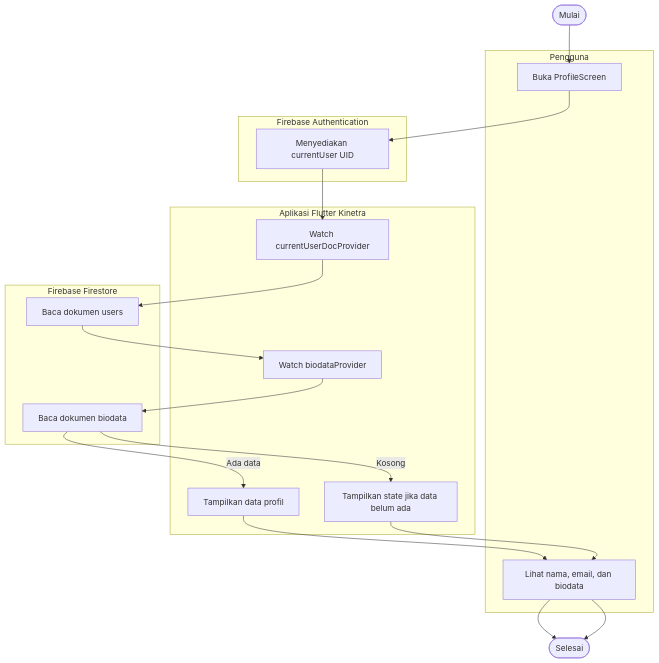
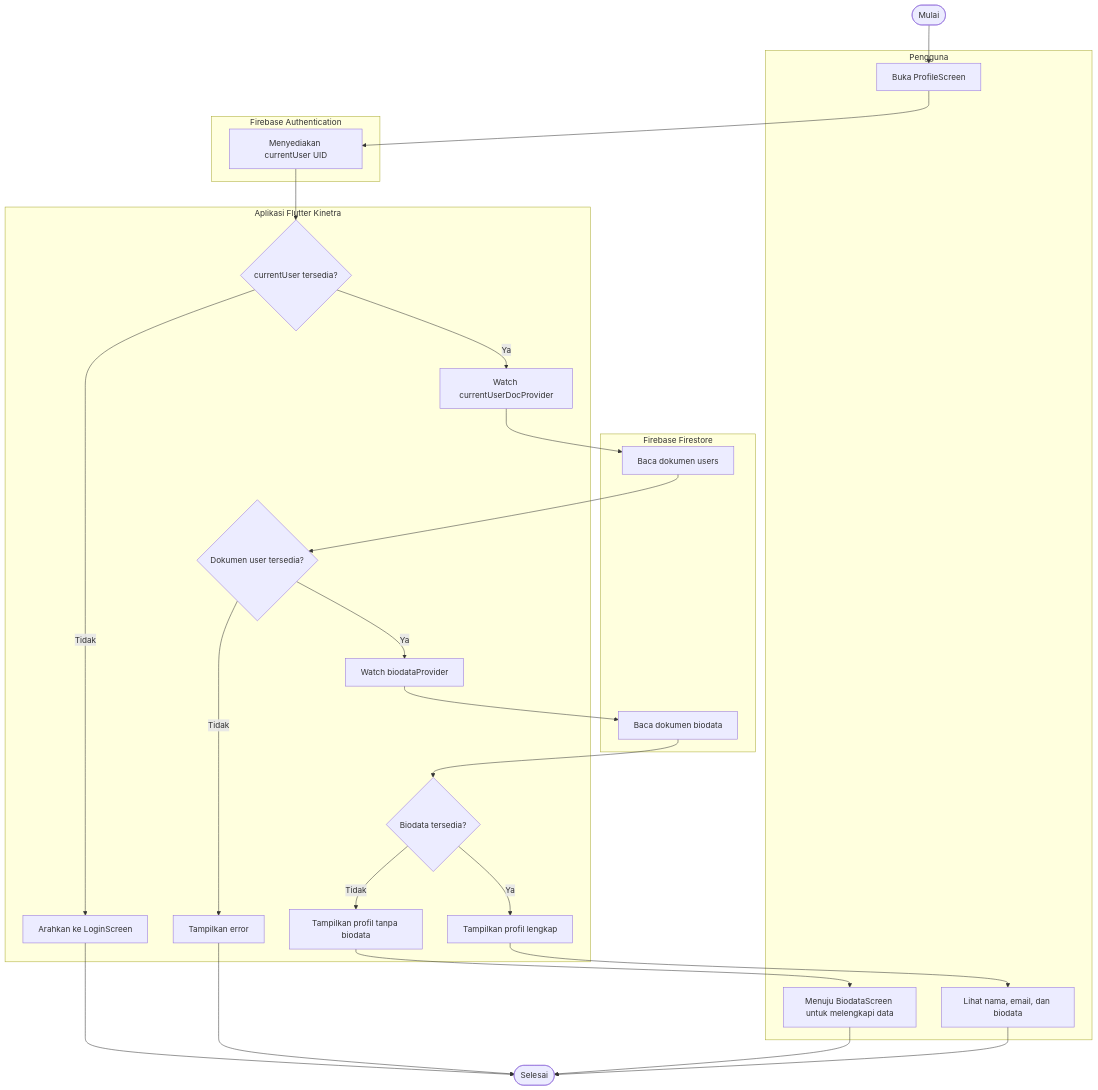
One commit to arifrachmatdx/Kinetra changed diagram 13 of 26 in docs/uml.md. Above: the diagram before and after it, drawn with Mermaid. The commit also changed other lines of this file and 1 other file, not shown here.

Commit message:
docs: add detailed UML decisions and alternatives

````diff
--- a/docs/uml.md
+++ b/docs/uml.md
@@ -380,25 +513,35 @@
 ```mermaid
 flowchart TD
     Start([Mulai])
     subgraph User["Pengguna"]
         OpenProfile[Buka ProfileScreen]
         ViewProfile[Lihat nama, email, dan biodata]
+        GoBiodata[Menuju BiodataScreen untuk melengkapi data]
     end
     subgraph App["Aplikasi Flutter Kinetra"]
+        HasCurrentUser{currentUser tersedia?}
         WatchCurrentUser[Watch currentUserDocProvider]
+        UserDocState{Dokumen user tersedia?}
         WatchBiodata[Watch biodataProvider]
-        RenderProfile[Tampilkan data profil]
-        ShowEmptyState[Tampilkan state jika data belum ada]
+        BiodataState{Biodata tersedia?}
+        RenderProfile[Tampilkan profil lengkap]
+        RenderPartial[Tampilkan profil tanpa biodata]
+        RedirectLogin[Arahkan ke LoginScreen]
+        ShowError[Tampilkan error]
     end
     subgraph Auth["Firebase Authentication"]
         ProvideCurrentUser[Menyediakan currentUser UID]
     end
     subgraph DB["Firebase Firestore"]
         ReadUser[Baca dokumen users]
         ReadBiodata[Baca dokumen biodata]
     end
 
-    Start --> OpenProfile --> ProvideCurrentUser --> WatchCurrentUser --> ReadUser --> WatchBiodata --> ReadBiodata
-    ReadBiodata -->|Ada data| RenderProfile --> ViewProfile --> End([Selesai])
-    ReadBiodata -->|Kosong| ShowEmptyState --> ViewProfile --> End
+    Start --> OpenProfile --> ProvideCurrentUser --> HasCurrentUser
+    HasCurrentUser -->|Tidak| RedirectLogin --> End([Selesai])
+    HasCurrentUser -->|Ya| WatchCurrentUser --> ReadUser --> UserDocState
+    UserDocState -->|Tidak| ShowError --> End
+    UserDocState -->|Ya| WatchBiodata --> ReadBiodata --> BiodataState
+    BiodataState -->|Tidak| RenderPartial --> GoBiodata --> End
+    BiodataState -->|Ya| RenderProfile --> ViewProfile --> End
 ```
````
